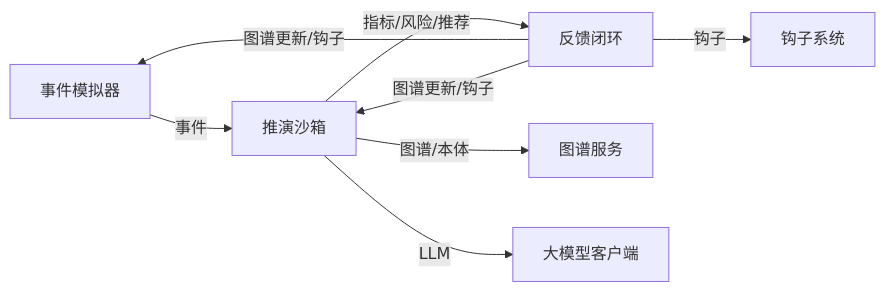
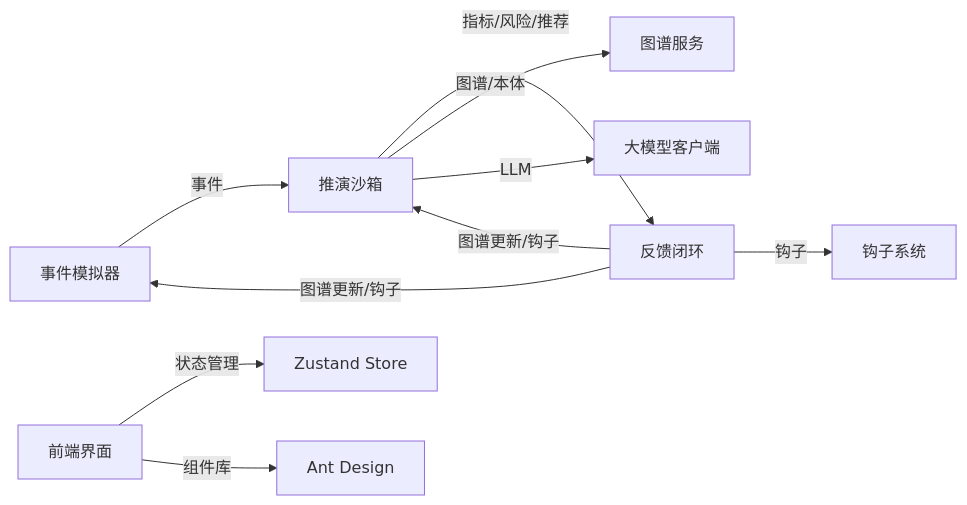
Before and after one commit to inier/ontology-graphiti: the eighth of 8 diagrams in .qoder/repowiki/zh/content/架构设计/分层架构设计/L3-L4 业务层/仿真反馈系统.md, drawn with Mermaid. The commit also changed other lines of this file and 7 other files, not shown here.

First line of the commit message:
fix: 策略编辑器移除审计日志Tab + 业务规则归入语义地图

````diff
--- a/.qoder/repowiki/zh/content/架构设计/分层架构设计/L3-L4 业务层/仿真反馈系统.md
+++ b/.qoder/repowiki/zh/content/架构设计/分层架构设计/L3-L4 业务层/仿真反馈系统.md
@@ -242,10 +377,12 @@
 ```mermaid
 graph LR
 ES["事件模拟器"] --> |事件| SS["推演沙箱"]
 SS --> |指标/风险/推荐| FB["反馈闭环"]
 FB --> |图谱更新/钩子| ES
 FB --> |图谱更新/钩子| SS
 SS --> |图谱/本体| Graph["图谱服务"]
 FB --> |钩子| Hook["钩子系统"]
 SS --> |LLM| LLM["大模型客户端"]
+UI["前端界面"] --> |状态管理| Store["Zustand Store"]
+UI --> |组件库| Antd["Ant Design"]
 ```
````
